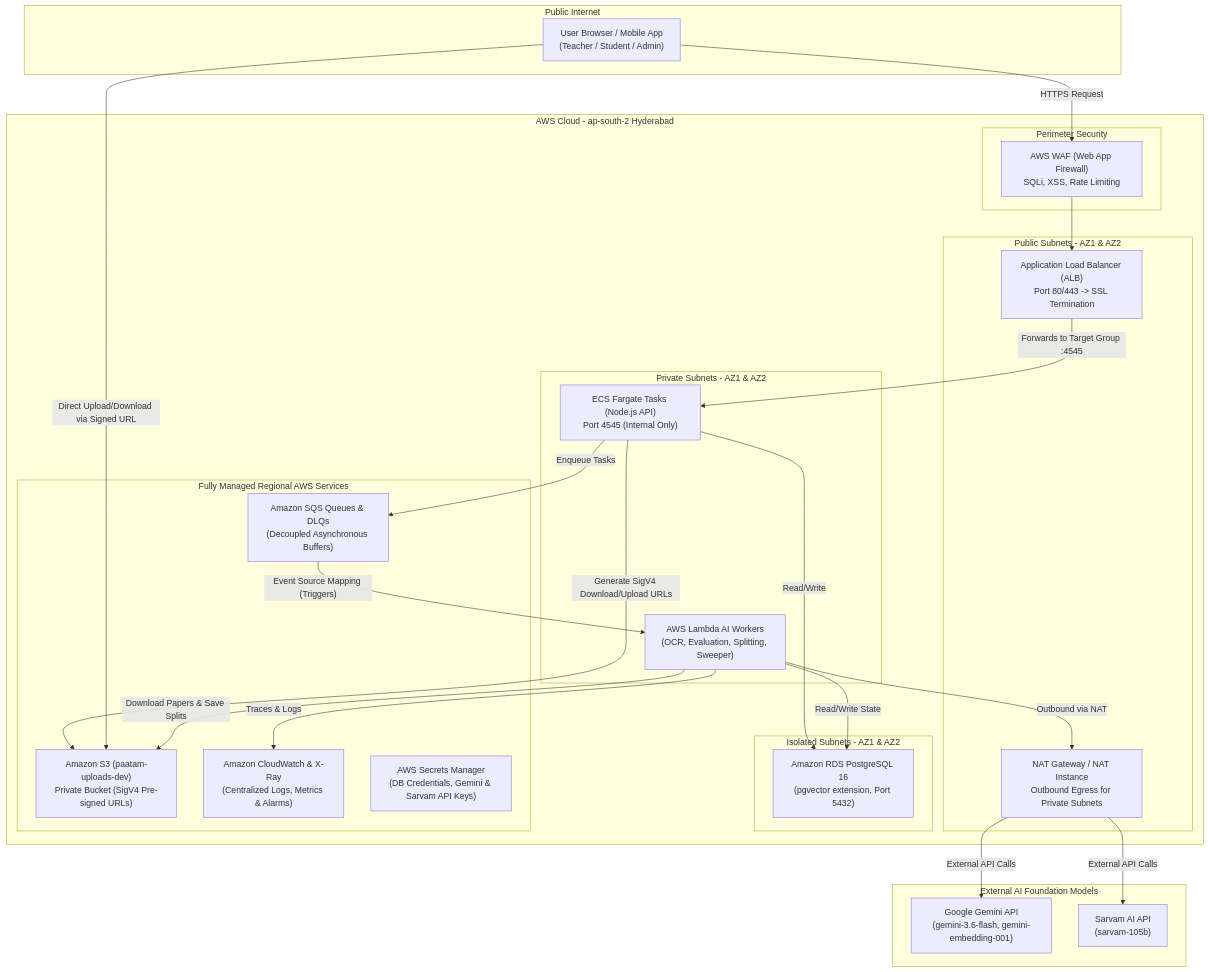
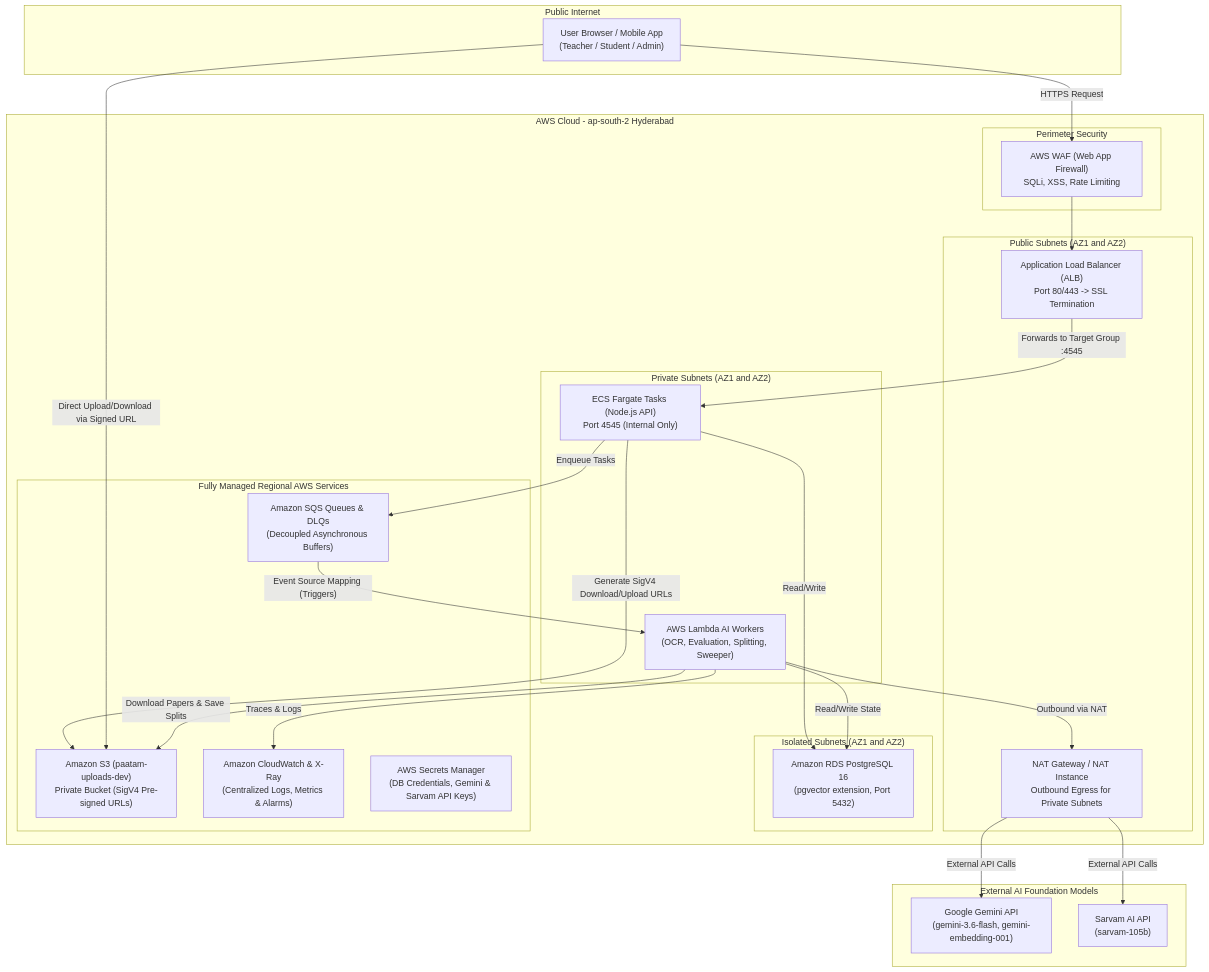
Diagram 11 of 26 in MASTER_SYSTEM_ARCHITECTURE_AND_DEVOPS_GUIDE.md (phanidharguttikonda0/Paatam), drawn with Mermaid before and after one commit. The commit also changed other lines of this file, not shown here.

Commit message:
fix(docs): resolve GitHub Mermaid diagram parse errors across all subgraphs and sequence diagrams

````diff
--- a/MASTER_SYSTEM_ARCHITECTURE_AND_DEVOPS_GUIDE.md
+++ b/MASTER_SYSTEM_ARCHITECTURE_AND_DEVOPS_GUIDE.md
@@ -642,54 +644,54 @@
 ```mermaid
 flowchart TD
-    subgraph Public Internet
+    subgraph Public_Internet ["Public Internet"]
         Browser["User Browser / Mobile App<br/>(Teacher / Student / Admin)"]
     end
 
-    subgraph AWS Cloud - ap-south-2 Hyderabad
-        subgraph Perimeter Security
+    subgraph AWS_Cloud ["AWS Cloud - ap-south-2 Hyderabad"]
+        subgraph Perimeter_Security ["Perimeter Security"]
             WAF["AWS WAF (Web App Firewall)<br/>SQLi, XSS, Rate Limiting"]
         end
 
-        subgraph Public Subnets - AZ1 & AZ2
+        subgraph Public_Subnets ["Public Subnets (AZ1 and AZ2)"]
             ALB["Application Load Balancer (ALB)<br/>Port 80/443 -> SSL Termination"]
             NAT["NAT Gateway / NAT Instance<br/>Outbound Egress for Private Subnets"]
         end
 
-        subgraph Private Subnets - AZ1 & AZ2
+        subgraph Private_Subnets ["Private Subnets (AZ1 and AZ2)"]
             ECS["ECS Fargate Tasks (Node.js API)<br/>Port 4545 (Internal Only)"]
             LambdaWorkers["AWS Lambda AI Workers<br/>(OCR, Evaluation, Splitting, Sweeper)"]
         end
 
-        subgraph Isolated Subnets - AZ1 & AZ2
+        subgraph Isolated_Subnets ["Isolated Subnets (AZ1 and AZ2)"]
             RDS["Amazon RDS PostgreSQL 16<br/>(pgvector extension, Port 5432)"]
         end
 
-        subgraph Fully Managed Regional AWS Services
+        subgraph Managed_Services ["Fully Managed Regional AWS Services"]
             S3["Amazon S3 (paatam-uploads-dev)<br/>Private Bucket (SigV4 Pre-signed URLs)"]
             SQS["Amazon SQS Queues & DLQs<br/>(Decoupled Asynchronous Buffers)"]
             CW["Amazon CloudWatch & X-Ray<br/>(Centralized Logs, Metrics & Alarms)"]
             SM["AWS Secrets Manager<br/>(DB Credentials, Gemini & Sarvam API Keys)"]
         end
     end
 
-    subgraph External AI Foundation Models
+    subgraph External_AI ["External AI Foundation Models"]
         Gemini["Google Gemini API<br/>(gemini-3.6-flash, gemini-embedding-001)"]
         Sarvam["Sarvam AI API<br/>(sarvam-105b)"]
     end
 
     Browser -->|"HTTPS Request"| WAF
     WAF --> ALB
     ALB -->|"Forwards to Target Group :4545"| ECS
     ECS -->|"Read/Write"| RDS
     ECS -->|"Enqueue Tasks"| SQS
     ECS -->|"Generate SigV4 Download/Upload URLs"| S3
     Browser -->|"Direct Upload/Download via Signed URL"| S3
 
     SQS -->|"Event Source Mapping (Triggers)"| LambdaWorkers
     LambdaWorkers -->|"Read/Write State"| RDS
     LambdaWorkers -->|"Download Papers & Save Splits"| S3
     LambdaWorkers -->|"Outbound via NAT"| NAT
     NAT -->|"External API Calls"| Gemini
     NAT -->|"External API Calls"| Sarvam
     LambdaWorkers -->|"Traces & Logs"| CW
 ```
````
